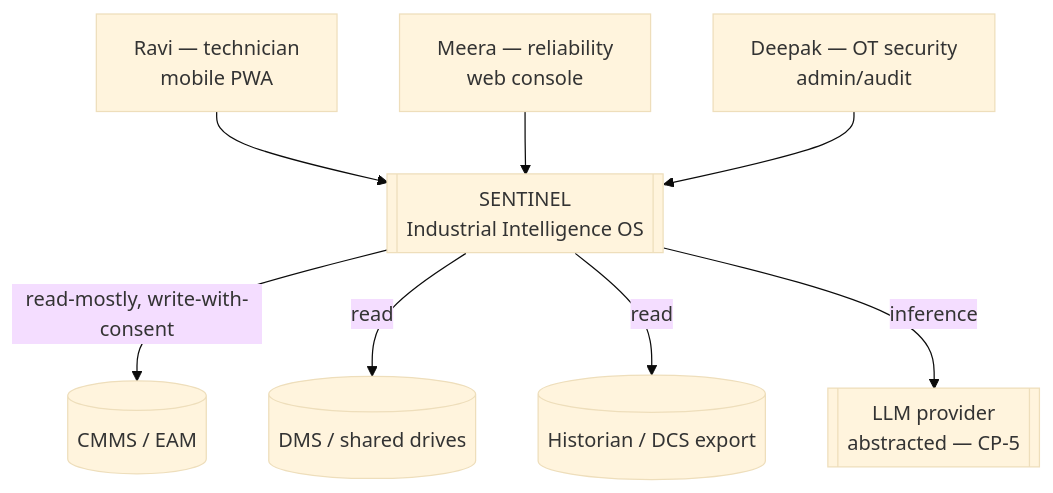
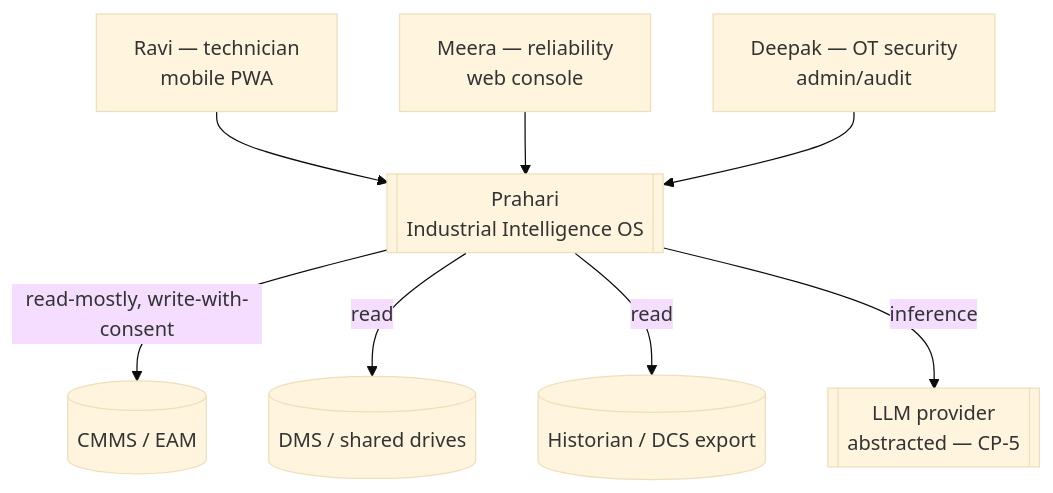
One commit to mridulbansal4/Prahari changed the first of 3 diagrams in references/02_SYSTEM_ARCHITECTURE.md. Above: the diagram before and after it, drawn with Mermaid (base theme). The commit also changed other lines of this file and 43 other files, not shown here.

First line of the commit message:
rebrand: SENTINEL -> Prahari across UI, code, config, and docs

````diff
--- a/references/02_SYSTEM_ARCHITECTURE.md
+++ b/references/02_SYSTEM_ARCHITECTURE.md
@@ -16,19 +16,19 @@
 ```mermaid
 graph TB
   Ravi[Ravi — technician<br/>mobile PWA]
   Meera[Meera — reliability<br/>web console]
   Deepak[Deepak — OT security<br/>admin/audit]
-  SENTINEL[[SENTINEL<br/>Industrial Intelligence OS]]
+  Prahari[[Prahari<br/>Industrial Intelligence OS]]
   CMMS[(CMMS / EAM)]
   DMS[(DMS / shared drives)]
   HIST[(Historian / DCS export)]
   MODEL[[LLM provider<br/>abstracted — CP-5]]
 
-  Ravi --> SENTINEL
-  Meera --> SENTINEL
-  Deepak --> SENTINEL
-  SENTINEL -- read-mostly, write-with-consent --> CMMS
-  SENTINEL -- read --> DMS
-  SENTINEL -- read --> HIST
-  SENTINEL -- inference --> MODEL
+  Ravi --> Prahari
+  Meera --> Prahari
+  Deepak --> Prahari
+  Prahari -- read-mostly, write-with-consent --> CMMS
+  Prahari -- read --> DMS
+  Prahari -- read --> HIST
+  Prahari -- inference --> MODEL
 ```
````
